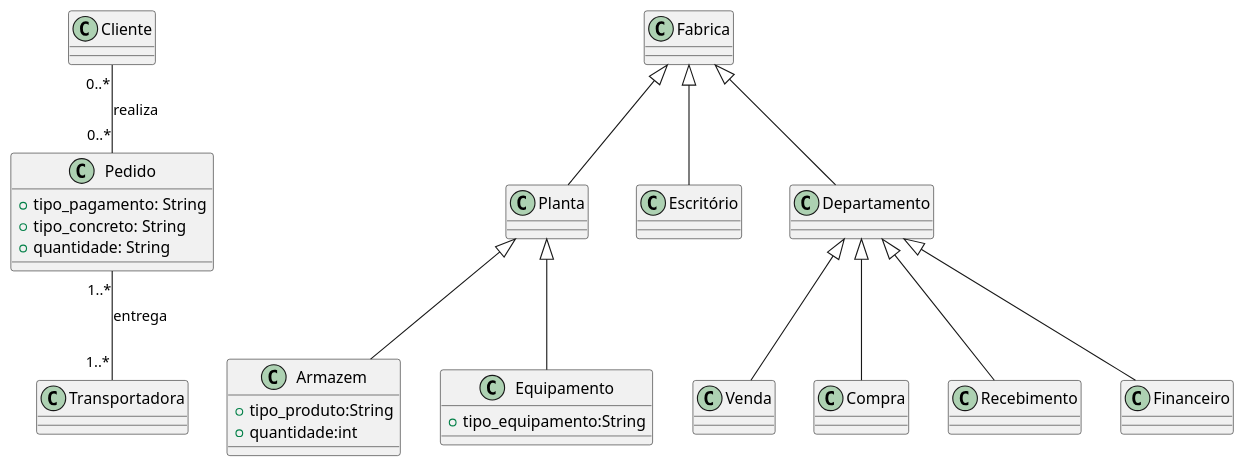
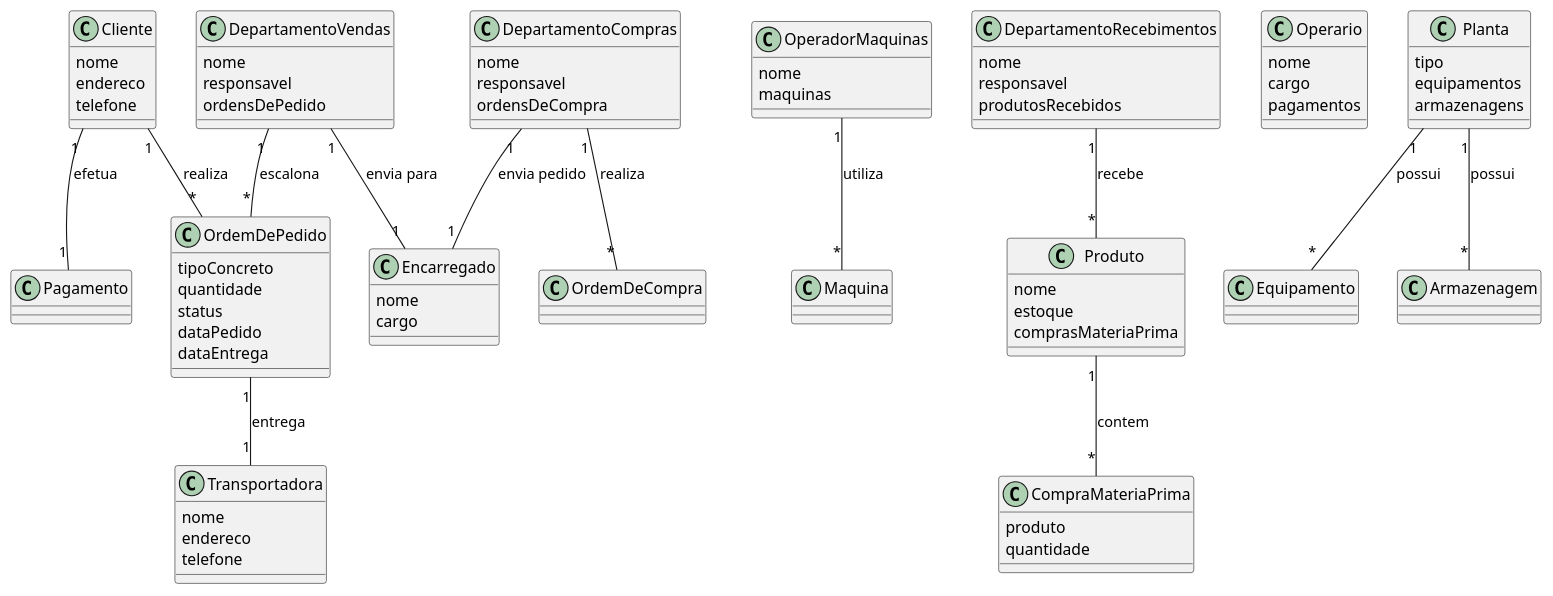
One commit to willianBinda/engenharia-2 changed the diagram in projIndConc/src/diag_class/index.puml. Above: the diagram before and after it, drawn with PlantUML. The commit also changed 7 other files, not shown here.

```diff
--- a/projIndConc/src/diag_class/index.puml
+++ b/projIndConc/src/diag_class/index.puml
@@ -1,39 +1,87 @@
-@startuml Inc_conc
+@startuml projIncConc_class
 
-class Cliente
-class Fabrica
-class Venda
-class Compra
-class Recebimento
-class Financeiro
-class Planta 
-class Escritório
-class Departamento 
+class Cliente {
+  nome
+  endereco
+  telefone
+}
 
-class Pedido {
- +tipo_pagamento: String
- +tipo_concreto: String
- +quantidade: String
+class OrdemDePedido {
+  tipoConcreto
+  quantidade
+  status
+  dataPedido
+  dataEntrega
 }
-class Armazem{
-    +tipo_produto:String
-    +quantidade:int
+
+class Transportadora {
+  nome
+  endereco
+  telefone
 }
-class Equipamento{
-    +tipo_equipamento:String
+
+class DepartamentoVendas {
+  nome
+  responsavel
+  ordensDePedido
 }
-class Transportadora
 
-Cliente "0..*" -- "0..*" Pedido : realiza
-Pedido "1..*" -- "1..*" Transportadora : entrega
+class Encarregado {
+  nome
+  cargo
+}
 
-Departamento <|-- Venda
-Departamento <|-- Compra
-Departamento <|-- Recebimento
-Departamento <|-- Financeiro
-Fabrica <|-- Departamento
-Fabrica <|-- Escritório
-Fabrica <|-- Planta
-Planta <|-- Armazem
-Planta <|-- Equipamento
+class DepartamentoCompras {
+  nome
+  responsavel
+  ordensDeCompra
+}
+
+class OperadorMaquinas {
+  nome
+  maquinas
+}
+
+class DepartamentoRecebimentos {
+  nome
+  responsavel
+  produtosRecebidos
+}
+
+class Operario {
+  nome
+  cargo
+  pagamentos
+}
+
+class Planta {
+  tipo
+  equipamentos
+  armazenagens
+}
+
+class Produto {
+  nome
+  estoque
+  comprasMateriaPrima
+}
+
+class CompraMateriaPrima {
+  produto
+  quantidade
+}
+
+Cliente "1" -- "*" OrdemDePedido : realiza
+OrdemDePedido "1" -- "1" Transportadora : entrega
+DepartamentoVendas "1" -- "*" OrdemDePedido : escalona
+DepartamentoVendas "1" -- "1" Encarregado : envia para
+DepartamentoCompras "1" -- "*" OrdemDeCompra : realiza
+DepartamentoCompras "1" -- "1" Encarregado : envia pedido
+OperadorMaquinas "1" -- "*" Maquina : utiliza
+DepartamentoRecebimentos "1" -- "*" Produto : recebe
+Cliente "1" -- "1" Pagamento : efetua
+Planta "1" -- "*" Equipamento : possui
+Planta "1" -- "*" Armazenagem : possui
+Produto "1" -- "*" CompraMateriaPrima : contem
+
 @enduml
```
